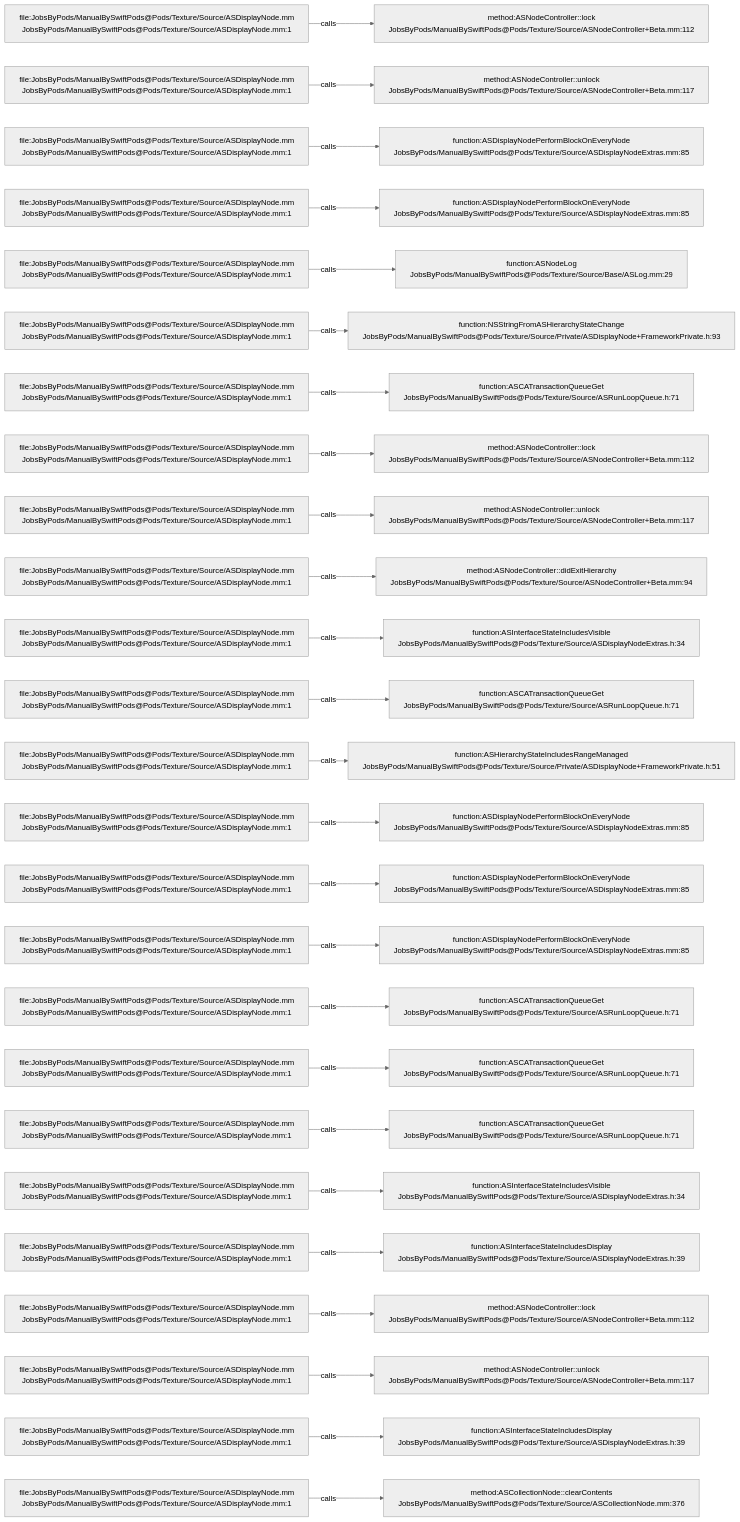
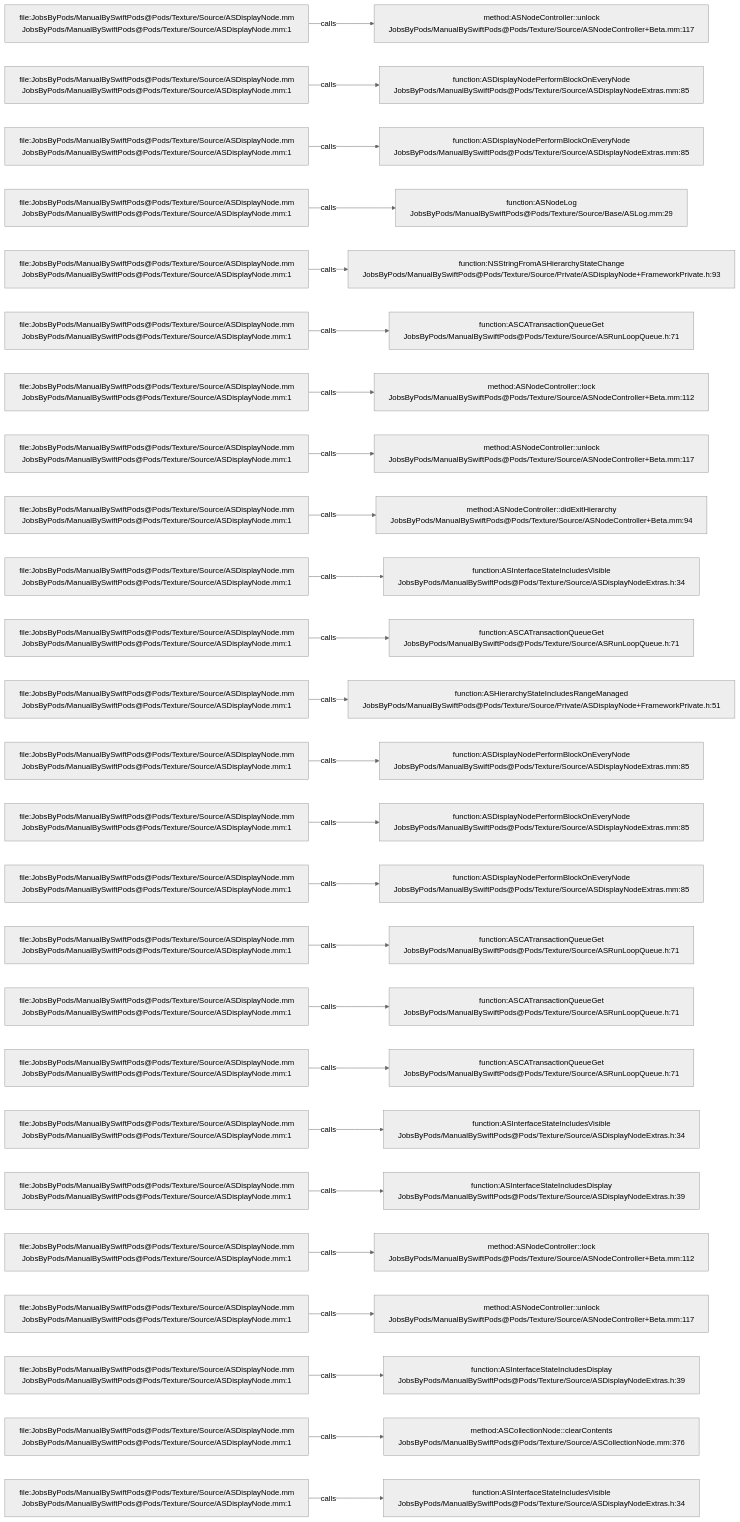
The diagram in .codegraph/codegraph.md/graphs/calls-034.md (JobsKits/JobsSwiftBaseConfigDemo), drawn with Mermaid (neutral theme) before and after one commit. The commit also changed 747 other files, not shown here.

````diff
--- a/.codegraph/codegraph.md/graphs/calls-034.md
+++ b/.codegraph/codegraph.md/graphs/calls-034.md
@@ -13,78 +13,78 @@
 ```mermaid
 flowchart LR
   S1["file:JobsByPods/ManualBySwiftPods@Pods/Texture/Source/ASDisplayNode.mm<br/>JobsByPods/ManualBySwiftPods@Pods/Texture/Source/ASDisplayNode.mm:1"]
-  T1["method:ASNodeController::lock<br/>JobsByPods/ManualBySwiftPods@Pods/Texture/Source/ASNodeController+Beta.mm:112"]
+  T1["method:ASNodeController::unlock<br/>JobsByPods/ManualBySwiftPods@Pods/Texture/Source/ASNodeController+Beta.mm:117"]
   S1 -->|calls| T1
   S2["file:JobsByPods/ManualBySwiftPods@Pods/Texture/Source/ASDisplayNode.mm<br/>JobsByPods/ManualBySwiftPods@Pods/Texture/Source/ASDisplayNode.mm:1"]
-  T2["method:ASNodeController::unlock<br/>JobsByPods/ManualBySwiftPods@Pods/Texture/Source/ASNodeController+Beta.mm:117"]
+  T2["function:ASDisplayNodePerformBlockOnEveryNode<br/>JobsByPods/ManualBySwiftPods@Pods/Texture/Source/ASDisplayNodeExtras.mm:85"]
   S2 -->|calls| T2
   S3["file:JobsByPods/ManualBySwiftPods@Pods/Texture/Source/ASDisplayNode.mm<br/>JobsByPods/ManualBySwiftPods@Pods/Texture/Source/ASDisplayNode.mm:1"]
   T3["function:ASDisplayNodePerformBlockOnEveryNode<br/>JobsByPods/ManualBySwiftPods@Pods/Texture/Source/ASDisplayNodeExtras.mm:85"]
   S3 -->|calls| T3
   S4["file:JobsByPods/ManualBySwiftPods@Pods/Texture/Source/ASDisplayNode.mm<br/>JobsByPods/ManualBySwiftPods@Pods/Texture/Source/ASDisplayNode.mm:1"]
-  T4["function:ASDisplayNodePerformBlockOnEveryNode<br/>JobsByPods/ManualBySwiftPods@Pods/Texture/Source/ASDisplayNodeExtras.mm:85"]
+  T4["function:ASNodeLog<br/>JobsByPods/ManualBySwiftPods@Pods/Texture/Source/Base/ASLog.mm:29"]
   S4 -->|calls| T4
   S5["file:JobsByPods/ManualBySwiftPods@Pods/Texture/Source/ASDisplayNode.mm<br/>JobsByPods/ManualBySwiftPods@Pods/Texture/Source/ASDisplayNode.mm:1"]
-  T5["function:ASNodeLog<br/>JobsByPods/ManualBySwiftPods@Pods/Texture/Source/Base/ASLog.mm:29"]
+  T5["function:NSStringFromASHierarchyStateChange<br/>JobsByPods/ManualBySwiftPods@Pods/Texture/Source/Private/ASDisplayNode+FrameworkPrivate.h:93"]
   S5 -->|calls| T5
   S6["file:JobsByPods/ManualBySwiftPods@Pods/Texture/Source/ASDisplayNode.mm<br/>JobsByPods/ManualBySwiftPods@Pods/Texture/Source/ASDisplayNode.mm:1"]
-  T6["function:NSStringFromASHierarchyStateChange<br/>JobsByPods/ManualBySwiftPods@Pods/Texture/Source/Private/ASDisplayNode+FrameworkPrivate.h:93"]
+  T6["function:ASCATransactionQueueGet<br/>JobsByPods/ManualBySwiftPods@Pods/Texture/Source/ASRunLoopQueue.h:71"]
   S6 -->|calls| T6
   S7["file:JobsByPods/ManualBySwiftPods@Pods/Texture/Source/ASDisplayNode.mm<br/>JobsByPods/ManualBySwiftPods@Pods/Texture/Source/ASDisplayNode.mm:1"]
-  T7["function:ASCATransactionQueueGet<br/>JobsByPods/ManualBySwiftPods@Pods/Texture/Source/ASRunLoopQueue.h:71"]
+  T7["method:ASNodeController::lock<br/>JobsByPods/ManualBySwiftPods@Pods/Texture/Source/ASNodeController+Beta.mm:112"]
   S7 -->|calls| T7
   S8["file:JobsByPods/ManualBySwiftPods@Pods/Texture/Source/ASDisplayNode.mm<br/>JobsByPods/ManualBySwiftPods@Pods/Texture/Source/ASDisplayNode.mm:1"]
-  T8["method:ASNodeController::lock<br/>JobsByPods/ManualBySwiftPods@Pods/Texture/Source/ASNodeController+Beta.mm:112"]
+  T8["method:ASNodeController::unlock<br/>JobsByPods/ManualBySwiftPods@Pods/Texture/Source/ASNodeController+Beta.mm:117"]
   S8 -->|calls| T8
   S9["file:JobsByPods/ManualBySwiftPods@Pods/Texture/Source/ASDisplayNode.mm<br/>JobsByPods/ManualBySwiftPods@Pods/Texture/Source/ASDisplayNode.mm:1"]
-  T9["method:ASNodeController::unlock<br/>JobsByPods/ManualBySwiftPods@Pods/Texture/Source/ASNodeController+Beta.mm:117"]
+  T9["method:ASNodeController::didExitHierarchy<br/>JobsByPods/ManualBySwiftPods@Pods/Texture/Source/ASNodeController+Beta.mm:94"]
   S9 -->|calls| T9
   S10["file:JobsByPods/ManualBySwiftPods@Pods/Texture/Source/ASDisplayNode.mm<br/>JobsByPods/ManualBySwiftPods@Pods/Texture/Source/ASDisplayNode.mm:1"]
-  T10["method:ASNodeController::didExitHierarchy<br/>JobsByPods/ManualBySwiftPods@Pods/Texture/Source/ASNodeController+Beta.mm:94"]
+  T10["function:ASInterfaceStateIncludesVisible<br/>JobsByPods/ManualBySwiftPods@Pods/Texture/Source/ASDisplayNodeExtras.h:34"]
   S10 -->|calls| T10
   S11["file:JobsByPods/ManualBySwiftPods@Pods/Texture/Source/ASDisplayNode.mm<br/>JobsByPods/ManualBySwiftPods@Pods/Texture/Source/ASDisplayNode.mm:1"]
-  T11["function:ASInterfaceStateIncludesVisible<br/>JobsByPods/ManualBySwiftPods@Pods/Texture/Source/ASDisplayNodeExtras.h:34"]
+  T11["function:ASCATransactionQueueGet<br/>JobsByPods/ManualBySwiftPods@Pods/Texture/Source/ASRunLoopQueue.h:71"]
   S11 -->|calls| T11
   S12["file:JobsByPods/ManualBySwiftPods@Pods/Texture/Source/ASDisplayNode.mm<br/>JobsByPods/ManualBySwiftPods@Pods/Texture/Source/ASDisplayNode.mm:1"]
-  T12["function:ASCATransactionQueueGet<br/>JobsByPods/ManualBySwiftPods@Pods/Texture/Source/ASRunLoopQueue.h:71"]
+  T12["function:ASHierarchyStateIncludesRangeManaged<br/>JobsByPods/ManualBySwiftPods@Pods/Texture/Source/Private/ASDisplayNode+FrameworkPrivate.h:51"]
   S12 -->|calls| T12
   S13["file:JobsByPods/ManualBySwiftPods@Pods/Texture/Source/ASDisplayNode.mm<br/>JobsByPods/ManualBySwiftPods@Pods/Texture/Source/ASDisplayNode.mm:1"]
-  T13["function:ASHierarchyStateIncludesRangeManaged<br/>JobsByPods/ManualBySwiftPods@Pods/Texture/Source/Private/ASDisplayNode+FrameworkPrivate.h:51"]
+  T13["function:ASDisplayNodePerformBlockOnEveryNode<br/>JobsByPods/ManualBySwiftPods@Pods/Texture/Source/ASDisplayNodeExtras.mm:85"]
   S13 -->|calls| T13
   S14["file:JobsByPods/ManualBySwiftPods@Pods/Texture/Source/ASDisplayNode.mm<br/>JobsByPods/ManualBySwiftPods@Pods/Texture/Source/ASDisplayNode.mm:1"]
   T14["function:ASDisplayNodePerformBlockOnEveryNode<br/>JobsByPods/ManualBySwiftPods@Pods/Texture/Source/ASDisplayNodeExtras.mm:85"]
   S14 -->|calls| T14
   S15["file:JobsByPods/ManualBySwiftPods@Pods/Texture/Source/ASDisplayNode.mm<br/>JobsByPods/ManualBySwiftPods@Pods/Texture/Source/ASDisplayNode.mm:1"]
   T15["function:ASDisplayNodePerformBlockOnEveryNode<br/>JobsByPods/ManualBySwiftPods@Pods/Texture/Source/ASDisplayNodeExtras.mm:85"]
   S15 -->|calls| T15
   S16["file:JobsByPods/ManualBySwiftPods@Pods/Texture/Source/ASDisplayNode.mm<br/>JobsByPods/ManualBySwiftPods@Pods/Texture/Source/ASDisplayNode.mm:1"]
-  T16["function:ASDisplayNodePerformBlockOnEveryNode<br/>JobsByPods/ManualBySwiftPods@Pods/Texture/Source/ASDisplayNodeExtras.mm:85"]
+  T16["function:ASCATransactionQueueGet<br/>JobsByPods/ManualBySwiftPods@Pods/Texture/Source/ASRunLoopQueue.h:71"]
   S16 -->|calls| T16
   S17["file:JobsByPods/ManualBySwiftPods@Pods/Texture/Source/ASDisplayNode.mm<br/>JobsByPods/ManualBySwiftPods@Pods/Texture/Source/ASDisplayNode.mm:1"]
   T17["function:ASCATransactionQueueGet<br/>JobsByPods/ManualBySwiftPods@Pods/Texture/Source/ASRunLoopQueue.h:71"]
   S17 -->|calls| T17
   S18["file:JobsByPods/ManualBySwiftPods@Pods/Texture/Source/ASDisplayNode.mm<br/>JobsByPods/ManualBySwiftPods@Pods/Texture/Source/ASDisplayNode.mm:1"]
   T18["function:ASCATransactionQueueGet<br/>JobsByPods/ManualBySwiftPods@Pods/Texture/Source/ASRunLoopQueue.h:71"]
   S18 -->|calls| T18
   S19["file:JobsByPods/ManualBySwiftPods@Pods/Texture/Source/ASDisplayNode.mm<br/>JobsByPods/ManualBySwiftPods@Pods/Texture/Source/ASDisplayNode.mm:1"]
-  T19["function:ASCATransactionQueueGet<br/>JobsByPods/ManualBySwiftPods@Pods/Texture/Source/ASRunLoopQueue.h:71"]
+  T19["function:ASInterfaceStateIncludesVisible<br/>JobsByPods/ManualBySwiftPods@Pods/Texture/Source/ASDisplayNodeExtras.h:34"]
   S19 -->|calls| T19
   S20["file:JobsByPods/ManualBySwiftPods@Pods/Texture/Source/ASDisplayNode.mm<br/>JobsByPods/ManualBySwiftPods@Pods/Texture/Source/ASDisplayNode.mm:1"]
-  T20["function:ASInterfaceStateIncludesVisible<br/>JobsByPods/ManualBySwiftPods@Pods/Texture/Source/ASDisplayNodeExtras.h:34"]
+  T20["function:ASInterfaceStateIncludesDisplay<br/>JobsByPods/ManualBySwiftPods@Pods/Texture/Source/ASDisplayNodeExtras.h:39"]
   S20 -->|calls| T20
   S21["file:JobsByPods/ManualBySwiftPods@Pods/Texture/Source/ASDisplayNode.mm<br/>JobsByPods/ManualBySwiftPods@Pods/Texture/Source/ASDisplayNode.mm:1"]
-  T21["function:ASInterfaceStateIncludesDisplay<br/>JobsByPods/ManualBySwiftPods@Pods/Texture/Source/ASDisplayNodeExtras.h:39"]
+  T21["method:ASNodeController::lock<br/>JobsByPods/ManualBySwiftPods@Pods/Texture/Source/ASNodeController+Beta.mm:112"]
   S21 -->|calls| T21
   S22["file:JobsByPods/ManualBySwiftPods@Pods/Texture/Source/ASDisplayNode.mm<br/>JobsByPods/ManualBySwiftPods@Pods/Texture/Source/ASDisplayNode.mm:1"]
-  T22["method:ASNodeController::lock<br/>JobsByPods/ManualBySwiftPods@Pods/Texture/Source/ASNodeController+Beta.mm:112"]
+  T22["method:ASNodeController::unlock<br/>JobsByPods/ManualBySwiftPods@Pods/Texture/Source/ASNodeController+Beta.mm:117"]
   S22 -->|calls| T22
   S23["file:JobsByPods/ManualBySwiftPods@Pods/Texture/Source/ASDisplayNode.mm<br/>JobsByPods/ManualBySwiftPods@Pods/Texture/Source/ASDisplayNode.mm:1"]
-  T23["method:ASNodeController::unlock<br/>JobsByPods/ManualBySwiftPods@Pods/Texture/Source/ASNodeController+Beta.mm:117"]
+  T23["function:ASInterfaceStateIncludesDisplay<br/>JobsByPods/ManualBySwiftPods@Pods/Texture/Source/ASDisplayNodeExtras.h:39"]
   S23 -->|calls| T23
   S24["file:JobsByPods/ManualBySwiftPods@Pods/Texture/Source/ASDisplayNode.mm<br/>JobsByPods/ManualBySwiftPods@Pods/Texture/Source/ASDisplayNode.mm:1"]
-  T24["function:ASInterfaceStateIncludesDisplay<br/>JobsByPods/ManualBySwiftPods@Pods/Texture/Source/ASDisplayNodeExtras.h:39"]
+  T24["method:ASCollectionNode::clearContents<br/>JobsByPods/ManualBySwiftPods@Pods/Texture/Source/ASCollectionNode.mm:376"]
   S24 -->|calls| T24
   S25["file:JobsByPods/ManualBySwiftPods@Pods/Texture/Source/ASDisplayNode.mm<br/>JobsByPods/ManualBySwiftPods@Pods/Texture/Source/ASDisplayNode.mm:1"]
-  T25["method:ASCollectionNode::clearContents<br/>JobsByPods/ManualBySwiftPods@Pods/Texture/Source/ASCollectionNode.mm:376"]
+  T25["function:ASInterfaceStateIncludesVisible<br/>JobsByPods/ManualBySwiftPods@Pods/Texture/Source/ASDisplayNodeExtras.h:34"]
   S25 -->|calls| T25
 ```
````
